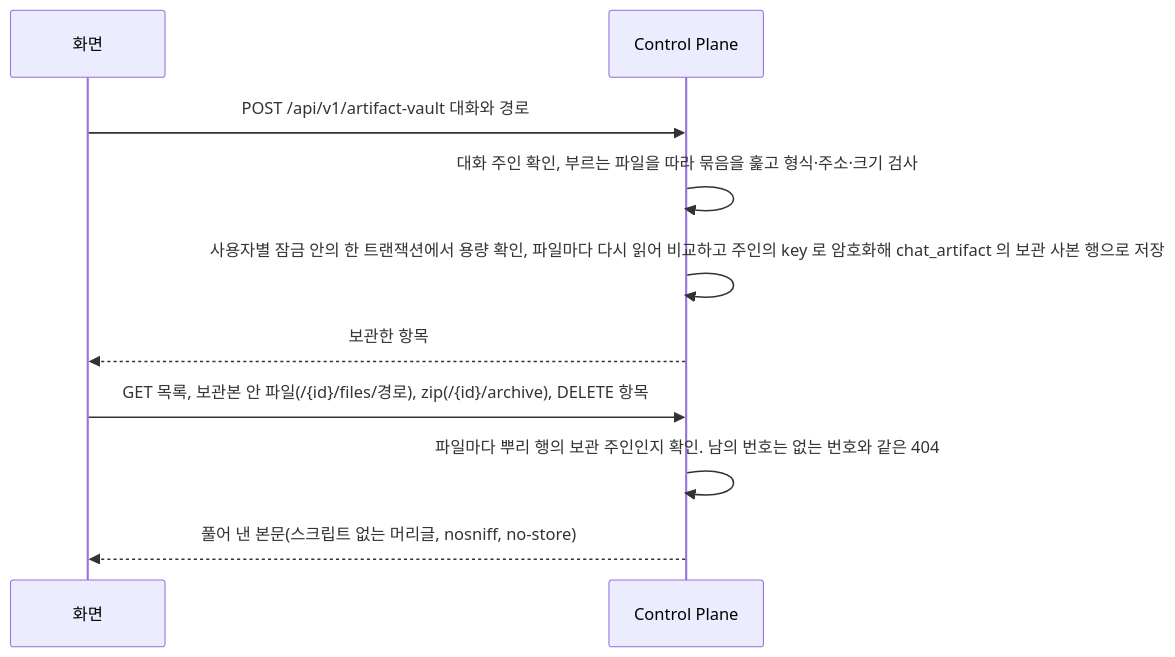
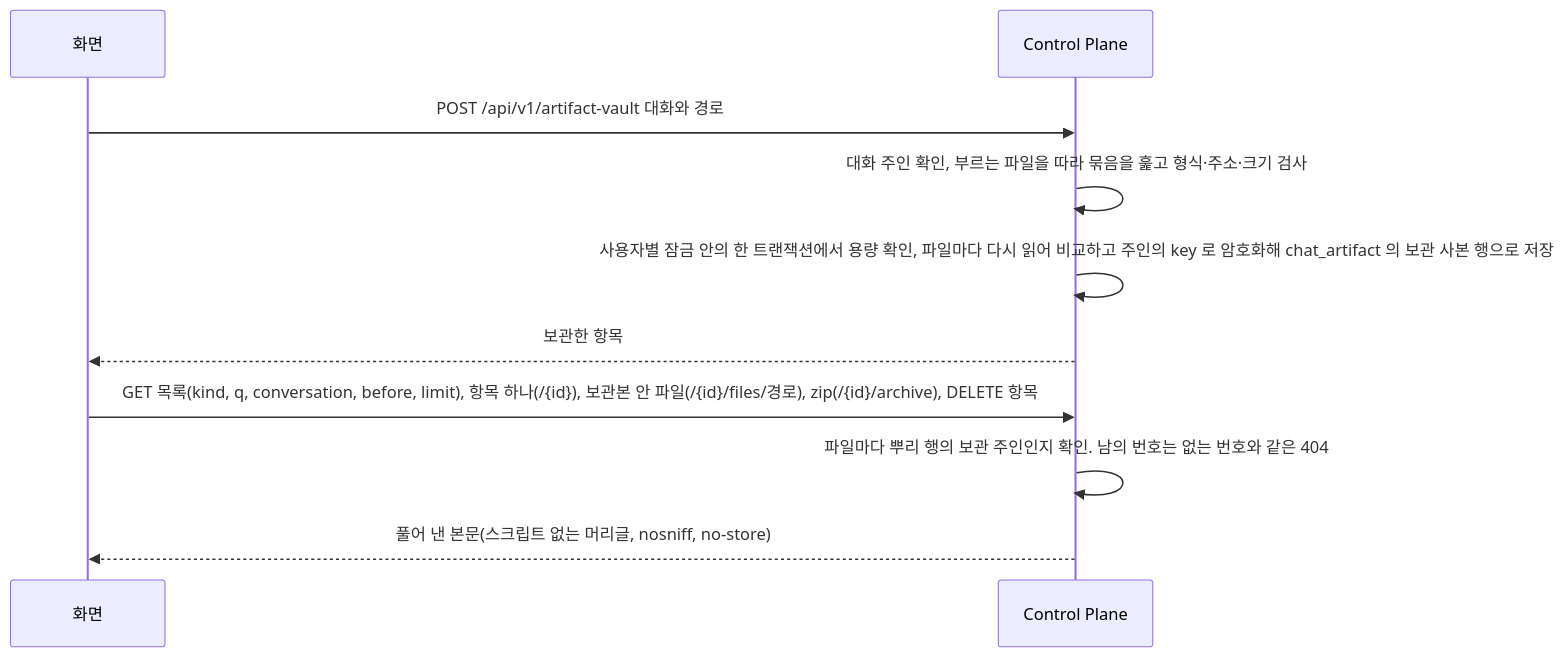
The third of 4 diagrams in docs/features/workspace.md (jon890/fos-assistant), drawn with Mermaid before and after one commit. The commit also changed other lines of this file and 31 other files, not shown here.

````diff
--- a/docs/features/workspace.md
+++ b/docs/features/workspace.md
@@ -159,12 +166,12 @@
 ```mermaid
 sequenceDiagram
     participant W as 화면
     participant C as Control Plane
     W->>C: POST /api/v1/artifact-vault 대화와 경로
     C->>C: 대화 주인 확인, 부르는 파일을 따라 묶음을 훑고 형식·주소·크기 검사
     C->>C: 사용자별 잠금 안의 한 트랜잭션에서 용량 확인, 파일마다 다시 읽어 비교하고 주인의 key 로 암호화해 chat_artifact 의 보관 사본 행으로 저장
     C-->>W: 보관한 항목
-    W->>C: GET 목록, 보관본 안 파일(/{id}/files/경로), zip(/{id}/archive), DELETE 항목
+    W->>C: GET 목록(kind, q, conversation, before, limit), 항목 하나(/{id}), 보관본 안 파일(/{id}/files/경로), zip(/{id}/archive), DELETE 항목
     C->>C: 파일마다 뿌리 행의 보관 주인인지 확인. 남의 번호는 없는 번호와 같은 404
     C-->>W: 풀어 낸 본문(스크립트 없는 머리글, nosniff, no-store)
 ```
````
